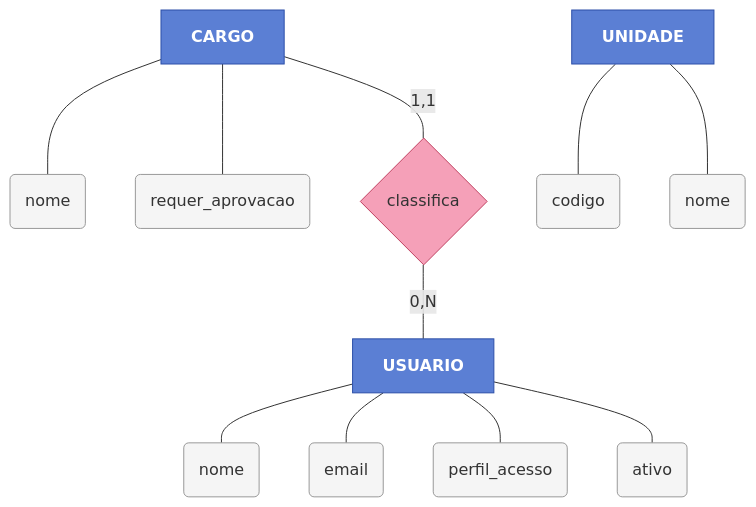
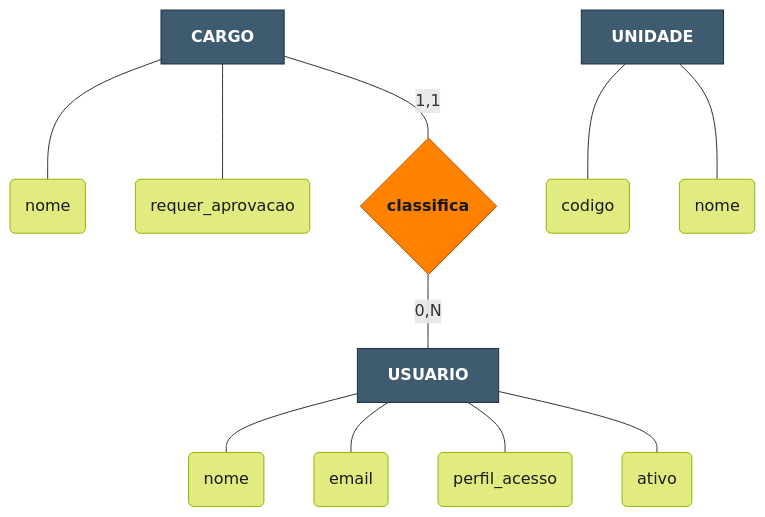
The second of 3 diagrams in documentos/wad.md (williamjrmaia/M-dulo-2---Aplica-o-Web-Atvos-), drawn with Mermaid before and after one commit. The commit also changed other lines of this file, not shown here.

````diff
--- a/documentos/wad.md
+++ b/documentos/wad.md
@@ -1020,32 +1022,32 @@
 ```mermaid
 flowchart TB
-    classDef entity fill:#5B7FD4,stroke:#2c4fa8,color:#fff,font-weight:bold
-    classDef rel fill:#F5A0B8,stroke:#c04060
-    classDef attr fill:#f5f5f5,stroke:#999,color:#333
+    classDef entity fill:#3F5B70,stroke:#1e3040,color:#fff,font-weight:bold
+    classDef rel fill:#FF8100,stroke:#b35a00,color:#1a1a1a,font-weight:bold
+    classDef attr fill:#E1EB80,stroke:#96B400,color:#1a1a1a
 
     USUA[USUARIO]:::entity
     CARG[CARGO]:::entity
     UNID[UNIDADE]:::entity
 
     u1(nome):::attr
     u2(email):::attr
     u3(perfil_acesso):::attr
     u4(ativo):::attr
     USUA --- u1
     USUA --- u2
     USUA --- u3
     USUA --- u4
 
     c1(nome):::attr
     c2(requer_aprovacao):::attr
     CARG --- c1
     CARG --- c2
 
     un1(codigo):::attr
     un2(nome):::attr
     UNID --- un1
     UNID --- un2
 
     Rclass{classifica}:::rel
     CARG -- "1,1" --- Rclass -- "0,N" --- USUA
 ```
````
